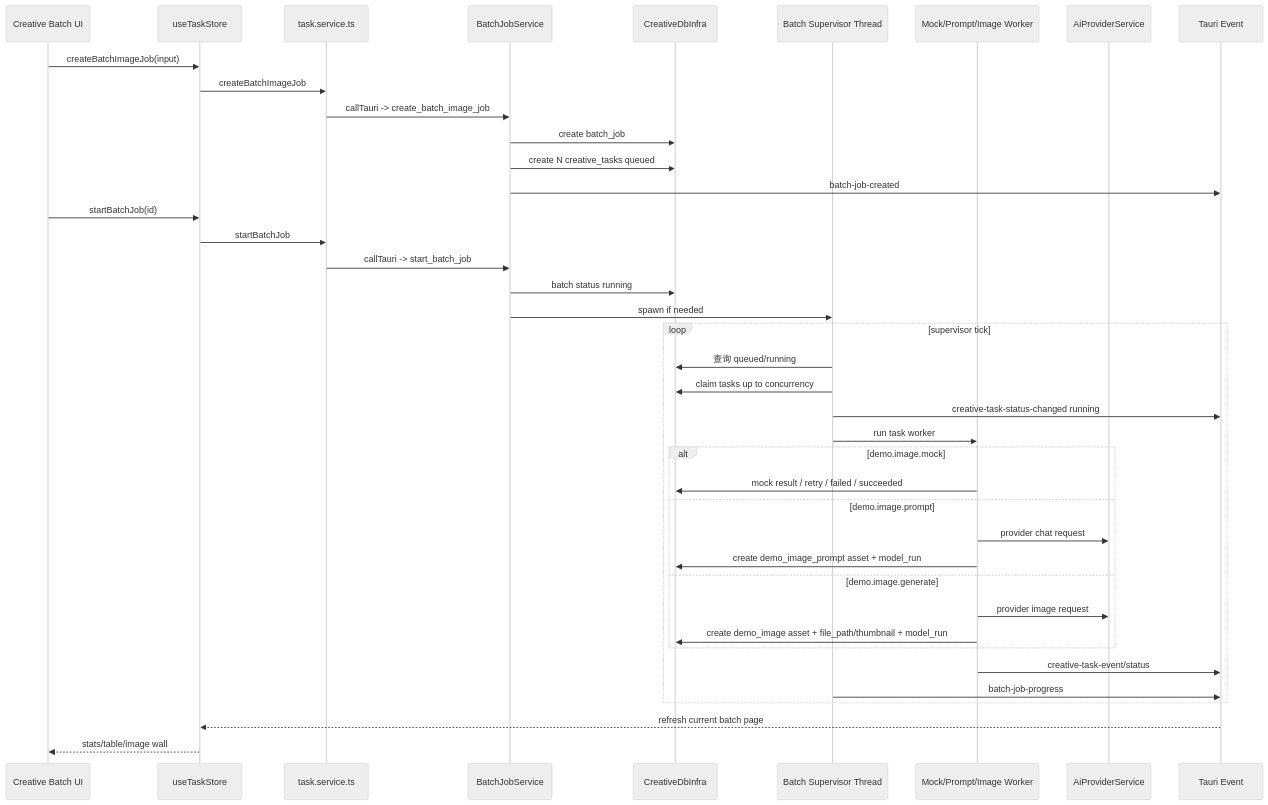
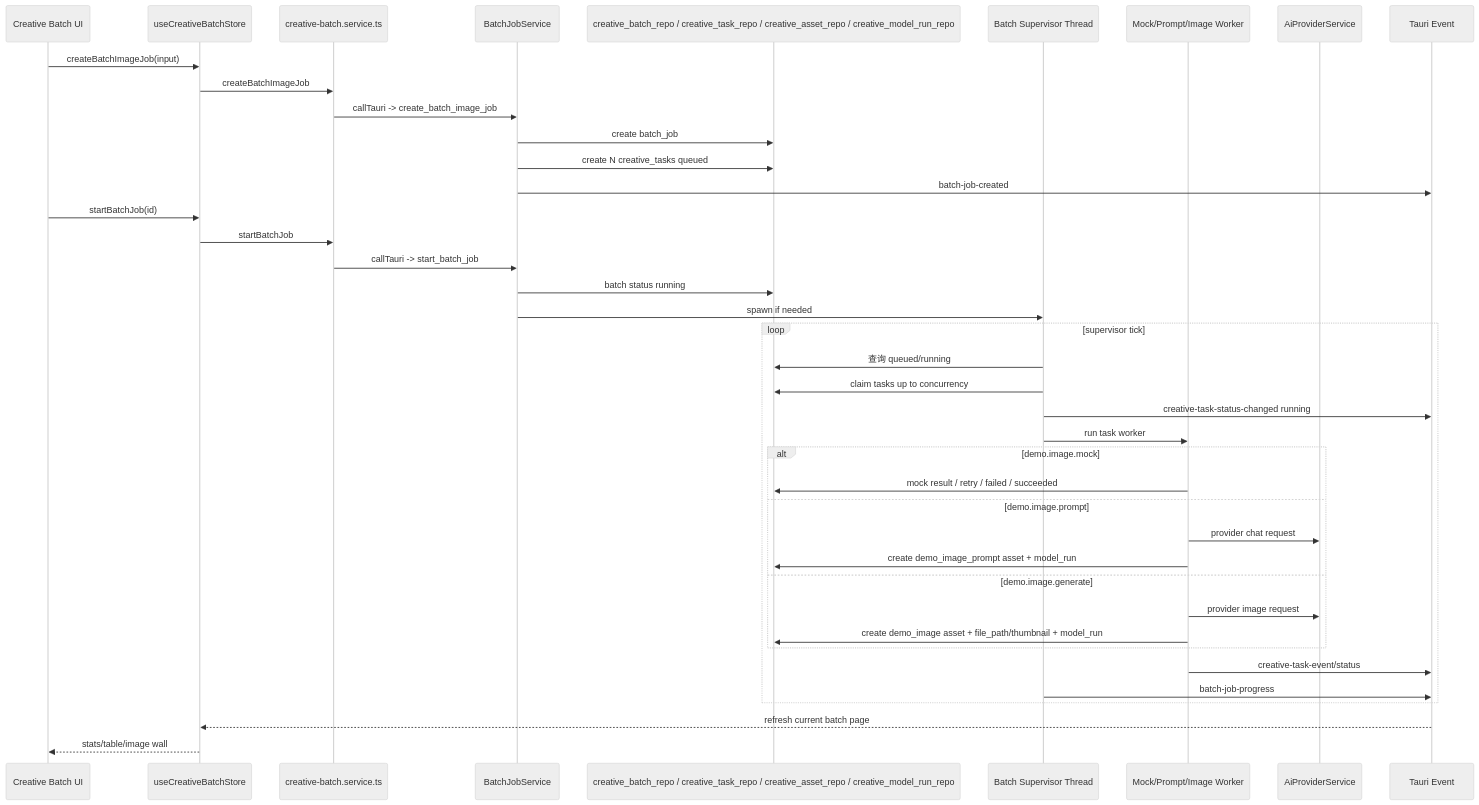
The tenth of 11 diagrams in docs/architecture-current-state.md (MonsterXiong/monster-workbench), drawn with Mermaid (neutral theme) before and after one commit. The commit also changed other lines of this file and 1 other file, not shown here.

````diff
--- a/docs/architecture-current-state.md
+++ b/docs/architecture-current-state.md
@@ -847,43 +863,43 @@
 ```mermaid
 sequenceDiagram
   participant UI as Creative Batch UI
-  participant Store as useTaskStore
-  participant Service as task.service.ts
+  participant Store as useCreativeBatchStore
+  participant Service as creative-batch.service.ts
   participant BatchSvc as BatchJobService
-  participant DB as CreativeDbInfra
+  participant Repo as creative_batch_repo / creative_task_repo / creative_asset_repo / creative_model_run_repo
   participant Supervisor as Batch Supervisor Thread
   participant Worker as Mock/Prompt/Image Worker
   participant AiSvc as AiProviderService
   participant Event as Tauri Event
 
   UI->>Store: createBatchImageJob(input)
   Store->>Service: createBatchImageJob
   Service->>BatchSvc: callTauri -> create_batch_image_job
-  BatchSvc->>DB: create batch_job
-  BatchSvc->>DB: create N creative_tasks queued
+  BatchSvc->>Repo: create batch_job
+  BatchSvc->>Repo: create N creative_tasks queued
   BatchSvc->>Event: batch-job-created
   UI->>Store: startBatchJob(id)
   Store->>Service: startBatchJob
   Service->>BatchSvc: callTauri -> start_batch_job
-  BatchSvc->>DB: batch status running
+  BatchSvc->>Repo: batch status running
   BatchSvc->>Supervisor: spawn if needed
   loop supervisor tick
-    Supervisor->>DB: 查询 queued/running
-    Supervisor->>DB: claim tasks up to concurrency
+    Supervisor->>Repo: 查询 queued/running
+    Supervisor->>Repo: claim tasks up to concurrency
     Supervisor->>Event: creative-task-status-changed running
     Supervisor->>Worker: run task worker
     alt demo.image.mock
-      Worker->>DB: mock result / retry / failed / succeeded
+      Worker->>Repo: mock result / retry / failed / succeeded
     else demo.image.prompt
       Worker->>AiSvc: provider chat request
-      Worker->>DB: create demo_image_prompt asset + model_run
+      Worker->>Repo: create demo_image_prompt asset + model_run
     else demo.image.generate
       Worker->>AiSvc: provider image request
-      Worker->>DB: create demo_image asset + file_path/thumbnail + model_run
+      Worker->>Repo: create demo_image asset + file_path/thumbnail + model_run
     end
     Worker->>Event: creative-task-event/status
     Supervisor->>Event: batch-job-progress
   end
   Event-->>Store: refresh current batch page
   Store-->>UI: stats/table/image wall
 ```
````
